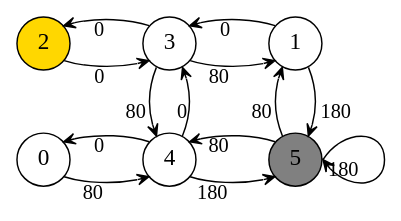
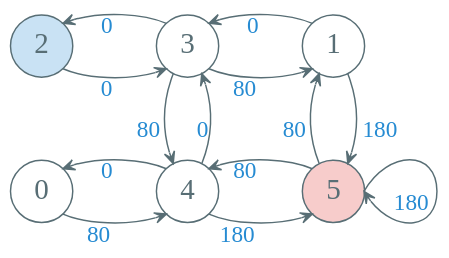
The second of 13 diagrams in 190731-rl-intro/190731-rl-intro-notes.md (Avanti1980/presentation), drawn with Graphviz before and after one commit. The commit also changed other lines of this file and 5 other files, not shown here.

````diff
--- a/190731-rl-intro/190731-rl-intro-notes.md
+++ b/190731-rl-intro/190731-rl-intro-notes.md
@@ -960,25 +469,26 @@
 ```dot
 digraph g {
-  graph [ranksep=0.7 nodesep=0.6]
-  node [shape=circle fontsize=16 fontname="Source Sans Pro"]
-  edge [arrowhead=vee arrowsize=0.8]
-  rankdir=LR
+    graph [ranksep=0.8 nodesep=0.8]
+    node [shape=circle color="#586e75" fontcolor="#586e75" fontsize=20 fontname="EBG, fzlz"]
+    edge [arrowhead=vee color="#586e75" fontcolor="#268bd2" fontsize=16 arrowsize=0.8]
+    rankdir=LR
+    bgcolor="transparent"
 
-  0 -> 4 [xlabel=80]
-  4 -> 0 [xlabel=0]
+    0 -> 4 [xlabel=80]
+    4 -> 0 [xlabel=0]
 
-  {1, 4} -> 5 [xlabel=180]
-  5:e -> 5:e [xlabel=180]
+    {1, 4} -> 5 [xlabel=180]
+    5:e -> 5:e [xlabel="    180"]
 
-  {1, 2, 4} -> 3 [xlabel=0]
-  {3,5} -> {1,4} [xlabel=80]
-  3 -> 2 [xlabel=0]
+    {1, 2, 4} -> 3 [xlabel=0]
+    {3,5} -> {1,4} [xlabel=80]
+    3 -> 2 [xlabel=0]
 
-  5 [fillcolor=gray, style=filled]
-  2 [fillcolor=gold, style=filled]
+    5 [fillcolor="#dc322f3f", style=filled]
+    2 [fillcolor="#268bd23f", style=filled]
 
-  {rank = same; 0; 2;}
-  {rank = same; 3; 4;}
-  {rank = same; 1; 5;}
+    {rank = same; 0; 2;}
+    {rank = same; 3; 4;}
+    {rank = same; 1; 5;}
 }
 ```
````
